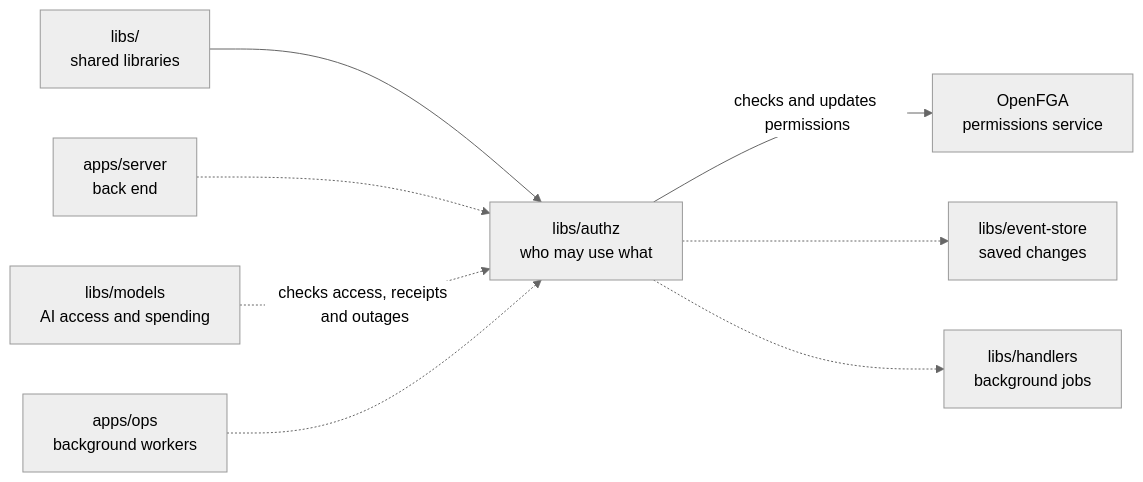
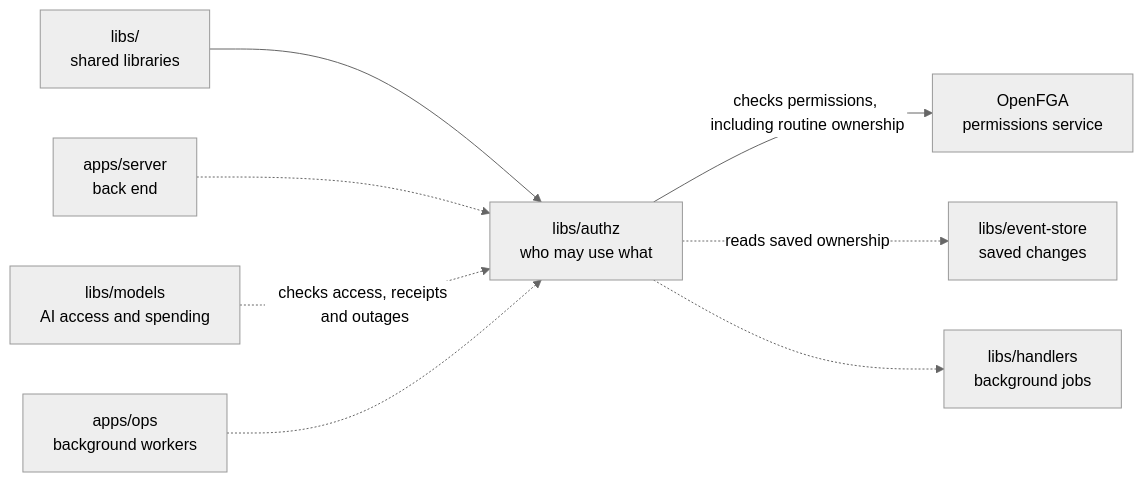
The diagram in libs/authz/README.md (elewa-git/opencrane-new), drawn with Mermaid (neutral theme) before and after one commit. The commit also changed other lines of this file and 19 other files, not shown here.

````diff
--- a/libs/authz/README.md
+++ b/libs/authz/README.md
@@ -20,10 +20,10 @@
 ```mermaid
 flowchart LR
   parent["libs/<br/>shared libraries"] --> authz["libs/authz<br/>who may use what"]
   server["apps/server<br/>back end"] -.-> authz
   models["libs/models<br/>AI access and spending"] -.->|checks access, receipts and outages| authz
   ops["apps/ops<br/>background workers"] -.-> authz
-  authz -->|checks and updates permissions| fga["OpenFGA<br/>permissions service"]
-  authz -.-> store["libs/event-store<br/>saved changes"]
+  authz -->|checks permissions, including routine ownership| fga["OpenFGA<br/>permissions service"]
+  authz -.->|reads saved ownership| store["libs/event-store<br/>saved changes"]
   authz -.-> handlers["libs/handlers<br/>background jobs"]
 ```
````
